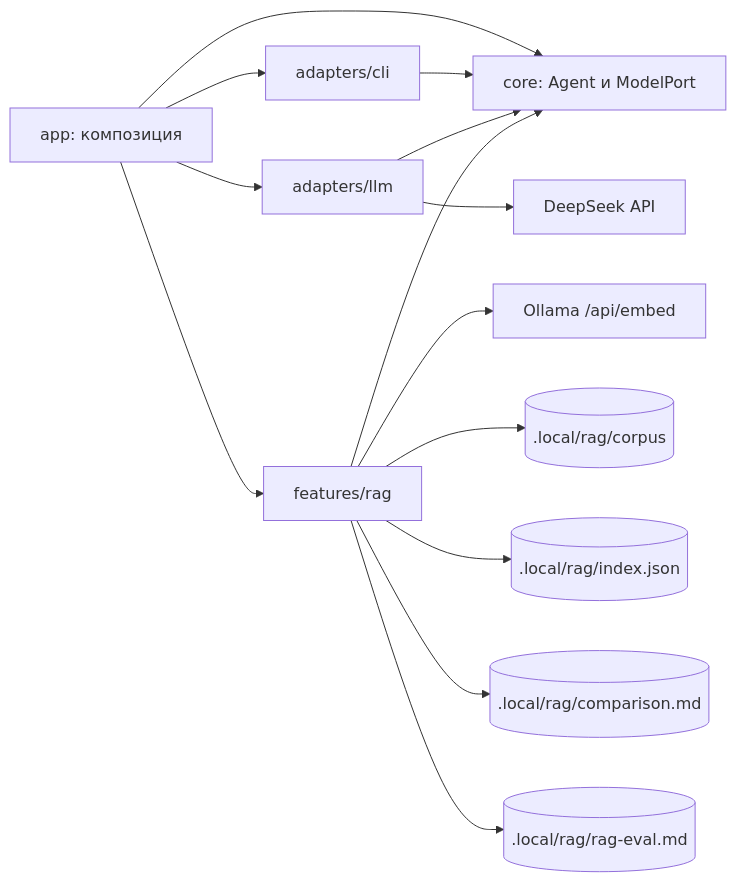
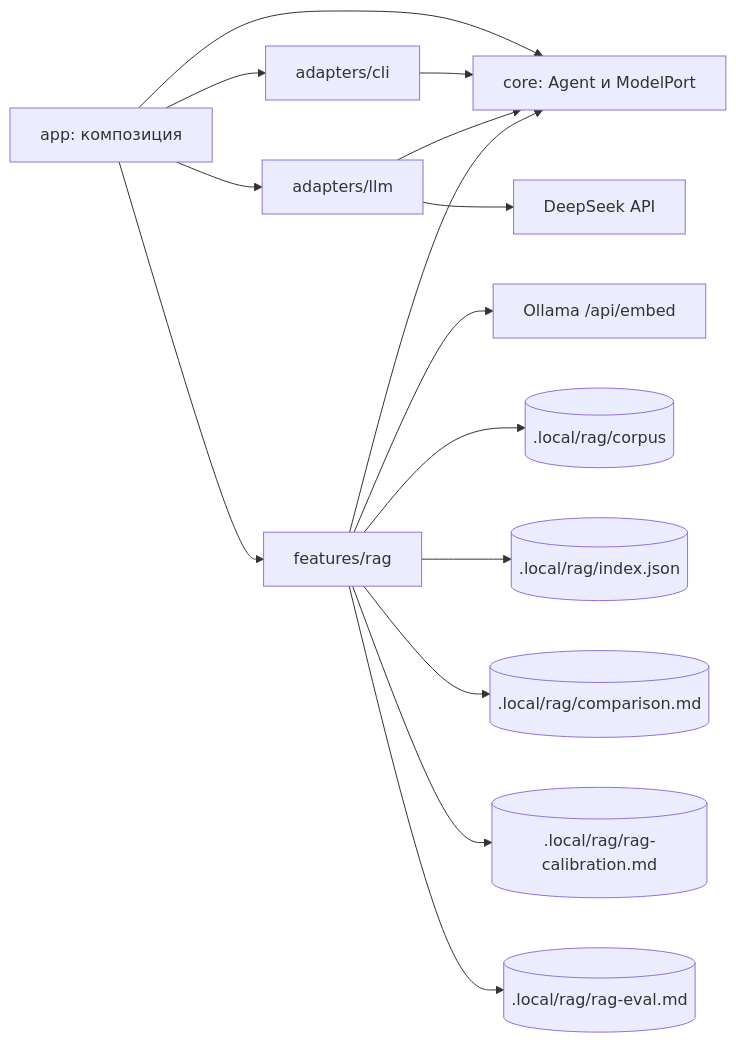
The diagram in ARCHITECTURE.md (maxonmars/rag-lab), drawn with Mermaid before and after one commit. The commit also changed other lines of this file and 70 other files, not shown here.

````diff
--- a/ARCHITECTURE.md
+++ b/ARCHITECTURE.md
@@ -9,16 +9,17 @@
 ```mermaid
 flowchart LR
     App[app: композиция] --> Core[core: Agent и ModelPort]
     App --> CLI[adapters/cli]
     App --> LLM[adapters/llm]
     App --> Rag[features/rag]
     CLI --> Core
     LLM --> Core
     LLM --> DeepSeek[DeepSeek API]
     Rag --> Core
     Rag --> Ollama[Ollama /api/embed]
     Rag --> Corpus[(.local/rag/corpus)]
     Rag --> Index[(.local/rag/index.json)]
     Rag --> Report[(.local/rag/comparison.md)]
+    Rag --> Calibration[(.local/rag/rag-calibration.md)]
     Rag --> EvalReport[(.local/rag/rag-eval.md)]
 ```
````
